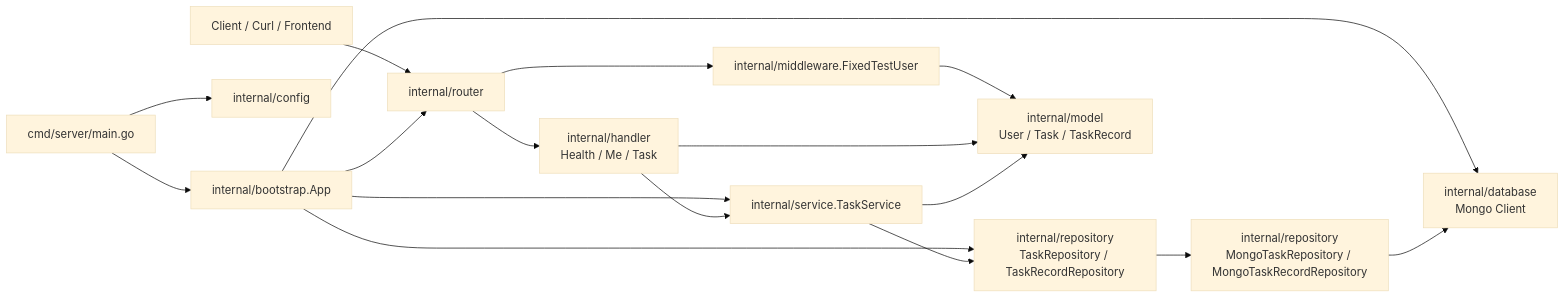
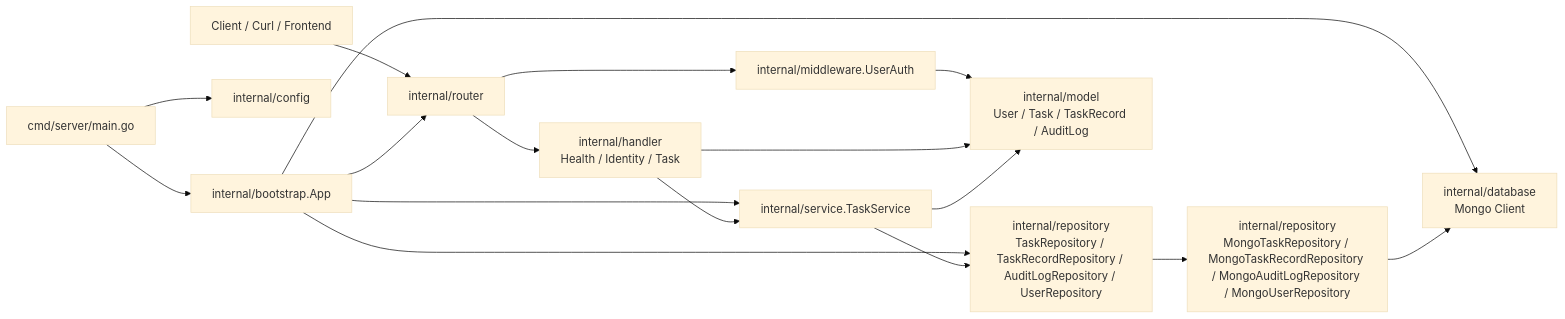
The first of 2 diagrams in README.md (AsaqeLee/taskflow), drawn with Mermaid (base theme) before and after one commit. The commit also changed other lines of this file and 7 other files, not shown here.

````diff
--- a/README.md
+++ b/README.md
@@ -131,37 +137,37 @@
 ```mermaid
 flowchart LR
     Client[Client / Curl / Frontend]
     Main[cmd/server/main.go]
     Config[internal/config]
     App[internal/bootstrap.App]
     Router[internal/router]
-    Middleware[internal/middleware.FixedTestUser]
-    Handlers[internal/handler<br/>Health / Me / Task]
+    Middleware[internal/middleware.UserAuth]
+    Handlers[internal/handler<br/>Health / Identity / Task]
     Service[internal/service.TaskService]
-    Repo[internal/repository<br/>TaskRepository / TaskRecordRepository]
-    MongoRepo[internal/repository<br/>MongoTaskRepository / MongoTaskRecordRepository]
-    Models[internal/model<br/>User / Task / TaskRecord]
+    Repo[internal/repository<br/>TaskRepository / TaskRecordRepository / AuditLogRepository / UserRepository]
+    MongoRepo[internal/repository<br/>MongoTaskRepository / MongoTaskRecordRepository / MongoAuditLogRepository / MongoUserRepository]
+    Models[internal/model<br/>User / Task / TaskRecord / AuditLog]
     DB[internal/database<br/>Mongo Client]
 
     Main --> Config
     Main --> App
     Client --> Router
 
     App --> Router
     App --> Service
     App --> Repo
     App --> DB
 
     Router --> Middleware
     Router --> Handlers
 
     Middleware --> Models
     Handlers --> Service
     Handlers --> Models
 
     Service --> Repo
     Service --> Models
 
     Repo --> MongoRepo
     MongoRepo --> DB
 ```
````
